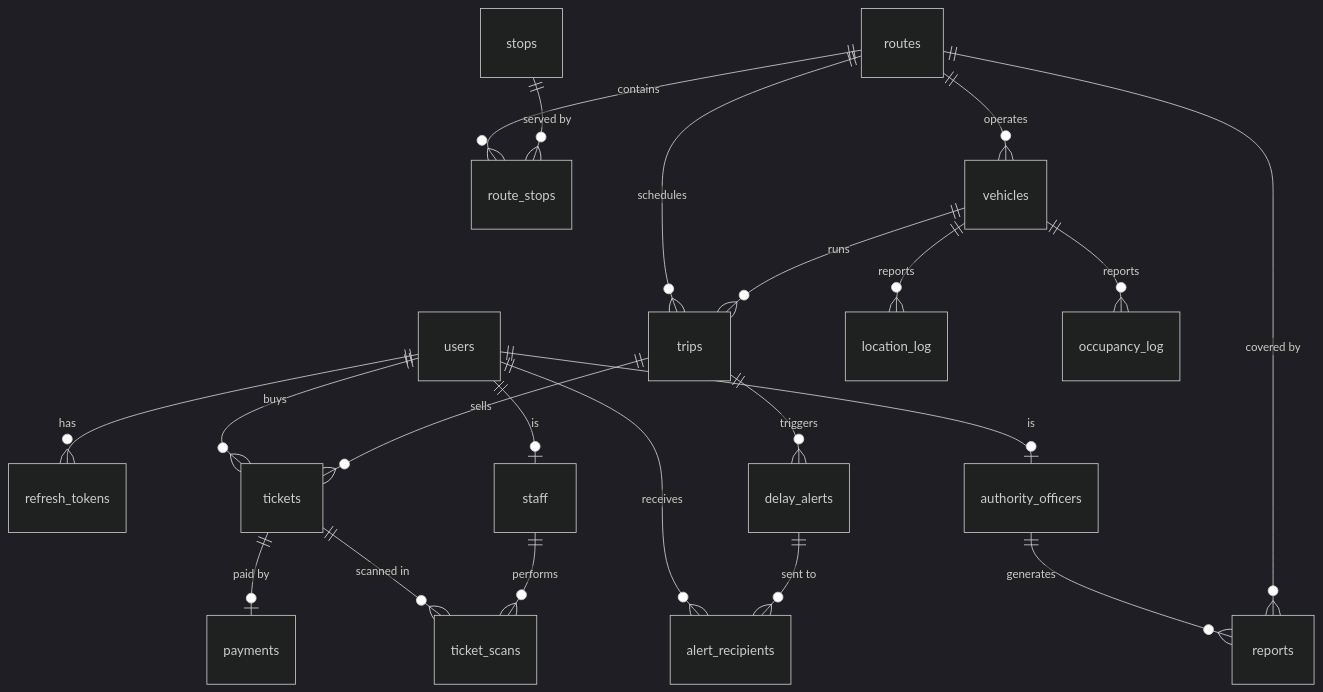
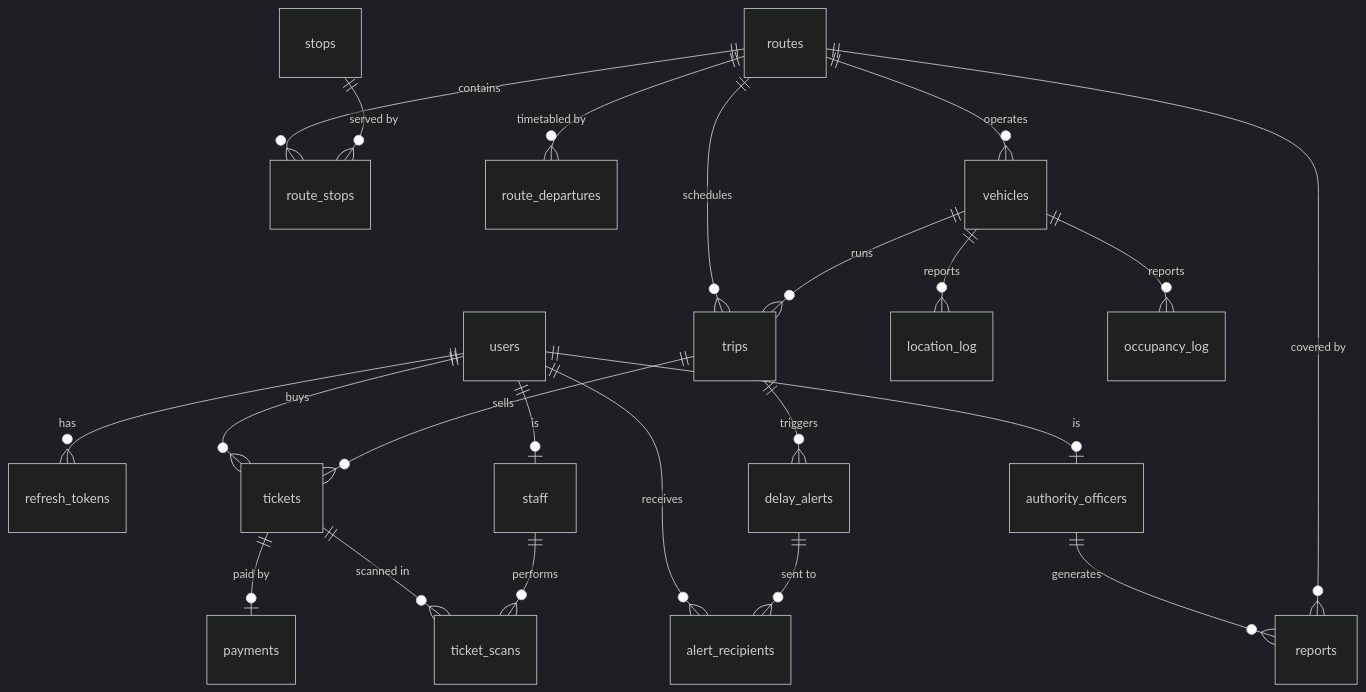
One commit to sithira-janiya/Ride-Track-Backend changed the fourth of 4 diagrams in README.md. Above: the diagram before and after it, drawn with Mermaid (dark theme). The commit also changed other lines of this file and 32 other files, not shown here.

````diff
--- a/README.md
+++ b/README.md
@@ -142,23 +147,24 @@
 ```mermaid
 erDiagram
     users ||--o{ refresh_tokens : has
     users ||--o| staff : "is"
     users ||--o| authority_officers : "is"
     users ||--o{ tickets : buys
     users ||--o{ alert_recipients : receives
     routes ||--o{ route_stops : contains
+    routes ||--o{ route_departures : "timetabled by"
     stops ||--o{ route_stops : "served by"
     routes ||--o{ vehicles : operates
     routes ||--o{ trips : schedules
     vehicles ||--o{ trips : runs
     vehicles ||--o{ location_log : reports
     vehicles ||--o{ occupancy_log : reports
     trips ||--o{ tickets : sells
     trips ||--o{ delay_alerts : triggers
     tickets ||--o| payments : "paid by"
     tickets ||--o{ ticket_scans : "scanned in"
     staff ||--o{ ticket_scans : performs
     delay_alerts ||--o{ alert_recipients : "sent to"
     authority_officers ||--o{ reports : generates
     routes ||--o{ reports : "covered by"
 ```
````
